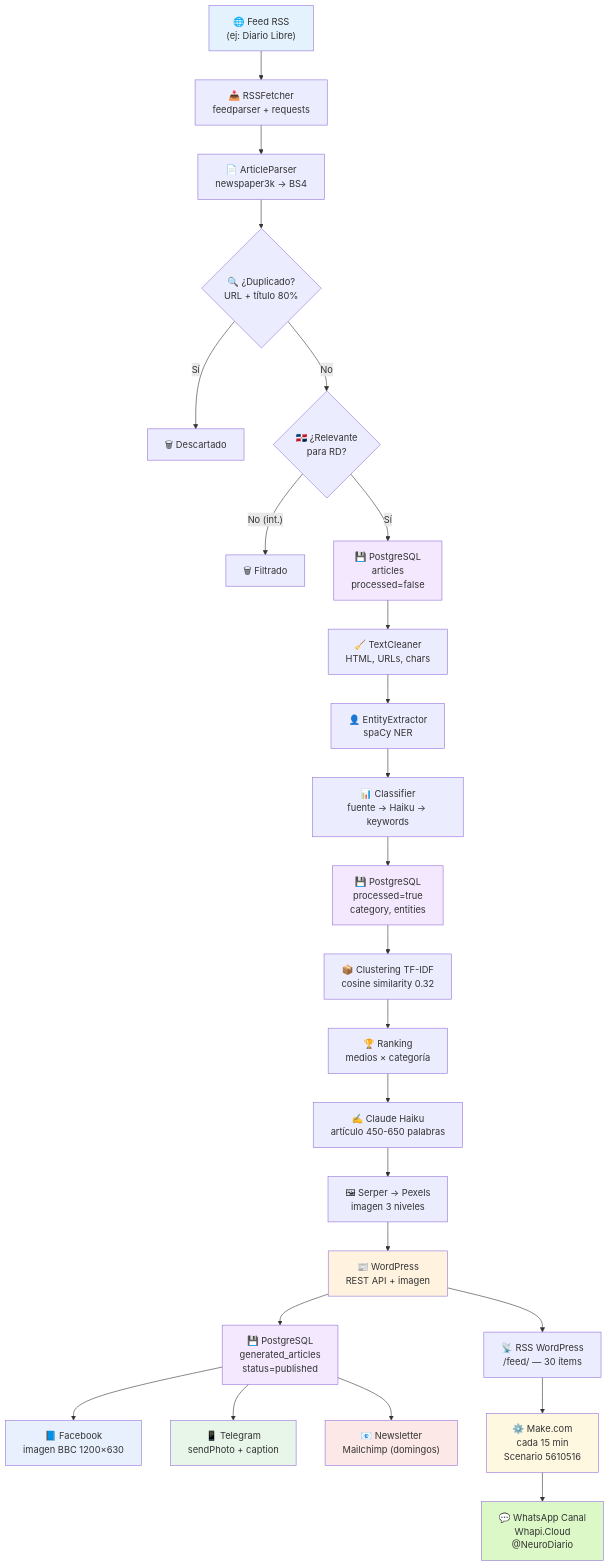
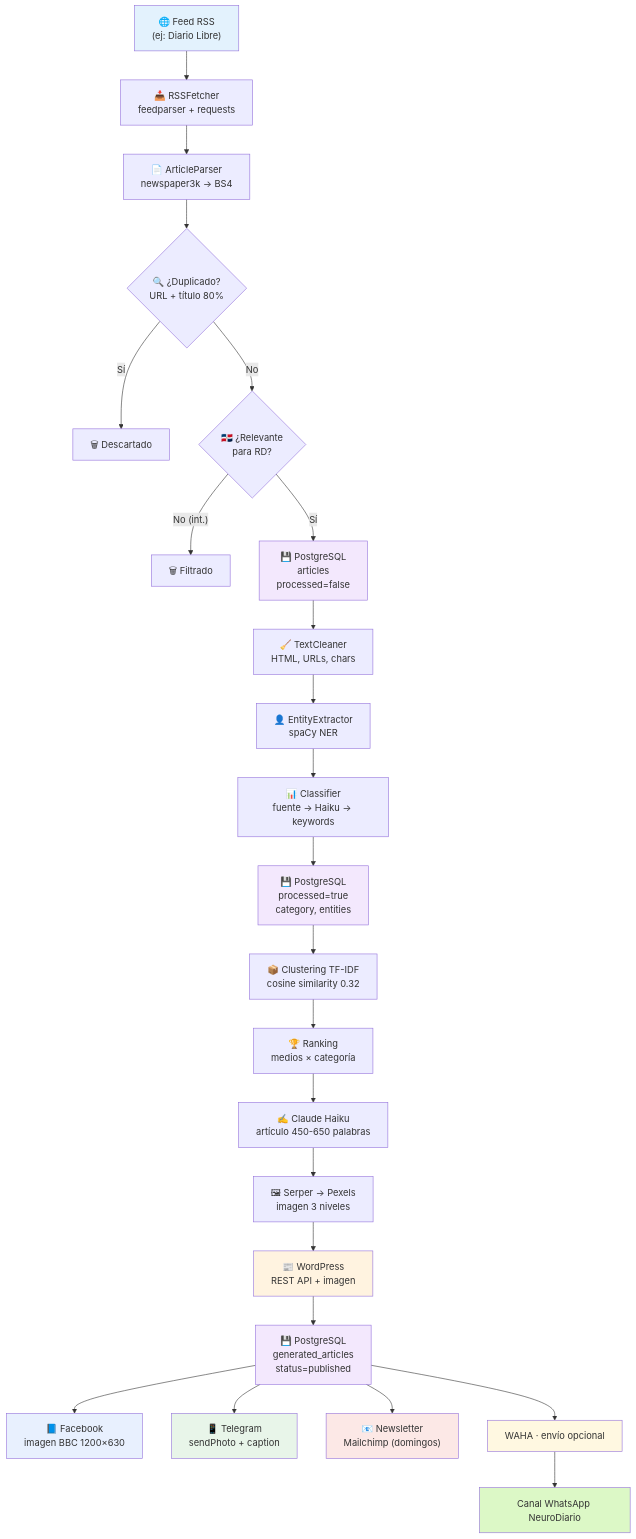
The diagram in docs/DATA_FLOW.md (carloscheco-cloud/NeuroDiario), drawn with Mermaid before and after one commit. The commit also changed other lines of this file and 15 other files, not shown here.

````diff
--- a/docs/DATA_FLOW.md
+++ b/docs/DATA_FLOW.md
@@ -5,41 +5,40 @@
 ```mermaid
 flowchart TD
     A["🌐 Feed RSS<br>(ej: Diario Libre)"] --> B["📥 RSSFetcher<br>feedparser + requests"]
     B --> C["📄 ArticleParser<br>newspaper3k → BS4"]
     C --> D{"🔍 ¿Duplicado?<br>URL + título 80%"}
     D -- "Sí" --> X1["🗑 Descartado"]
     D -- "No" --> E{"🇩🇴 ¿Relevante<br>para RD?"}
     E -- "No (int.)" --> X2["🗑 Filtrado"]
     E -- "Sí" --> F["💾 PostgreSQL<br>articles<br>processed=false"]
     
     F --> G["🧹 TextCleaner<br>HTML, URLs, chars"]
     G --> H["👤 EntityExtractor<br>spaCy NER"]
     H --> I["📊 Classifier<br>fuente → Haiku → keywords"]
     I --> J["💾 PostgreSQL<br>processed=true<br>category, entities"]
     
     J --> K["📦 Clustering TF-IDF<br>cosine similarity 0.32"]
     K --> L["🏆 Ranking<br>medios × categoría"]
     L --> M["✍️ Claude Haiku<br>artículo 450-650 palabras"]
     M --> N["🖼 Serper → Pexels<br>imagen 3 niveles"]
     N --> O["📰 WordPress<br>REST API + imagen"]
     O --> P["💾 PostgreSQL<br>generated_articles<br>status=published"]
     
     P --> Q["📘 Facebook<br>imagen BBC 1200×630"]
     P --> R["📱 Telegram<br>sendPhoto + caption"]
     P --> S["📧 Newsletter<br>Mailchimp (domingos)"]
     
-    O --> T["📡 RSS WordPress<br>/feed/ — 30 ítems"]
-    T --> U["⚙️ Make.com<br>cada 15 min<br>Scenario 5610516"]
-    U --> V["💬 WhatsApp Canal<br>Whapi.Cloud<br>@NeuroDiario"]
+    P --> U["WAHA · envío opcional"]
+    U --> V["Canal WhatsApp NeuroDiario"]
 
     style A fill:#e3f2fd
     style F fill:#f3e8fd
     style J fill:#f3e8fd
     style O fill:#fff3e0
     style P fill:#f3e8fd
     style Q fill:#e8f0fe
     style R fill:#e8f5e9
     style S fill:#fce8e6
     style V fill:#dcf8c6
     style U fill:#fff8e1
 ```
````
